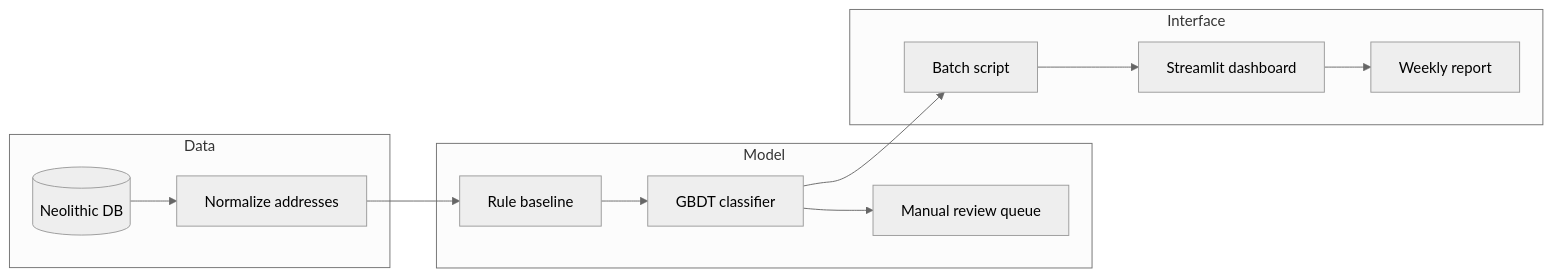
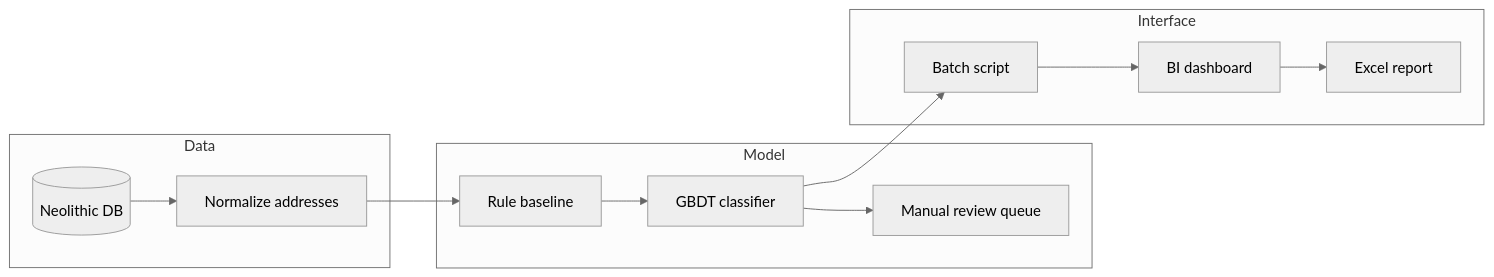
One commit to ViktorBystrov72/MFDP_MLOps_ITMO changed the diagram in README.md. Above: the diagram before and after it, drawn with Mermaid (neutral theme). The commit also changed other lines of this file, not shown here.

````diff
--- a/README.md
+++ b/README.md
@@ -326,19 +395,19 @@
 ```mermaid
 flowchart LR
   subgraph data [Data]
     DB[(Neolithic DB)]
     Norm[Normalize addresses]
   end
   subgraph model [Model]
     Rules[Rule baseline]
     ML[GBDT classifier]
     Queue[Manual review queue]
   end
   subgraph ui [Interface]
     Batch[Batch script]
-    Dash[Streamlit dashboard]
-    Report[Weekly report]
+    Dash[BI dashboard]
+    Report[Excel report]
   end
   DB --> Norm --> Rules --> ML --> Queue
   ML --> Batch --> Dash --> Report
 ```
````
